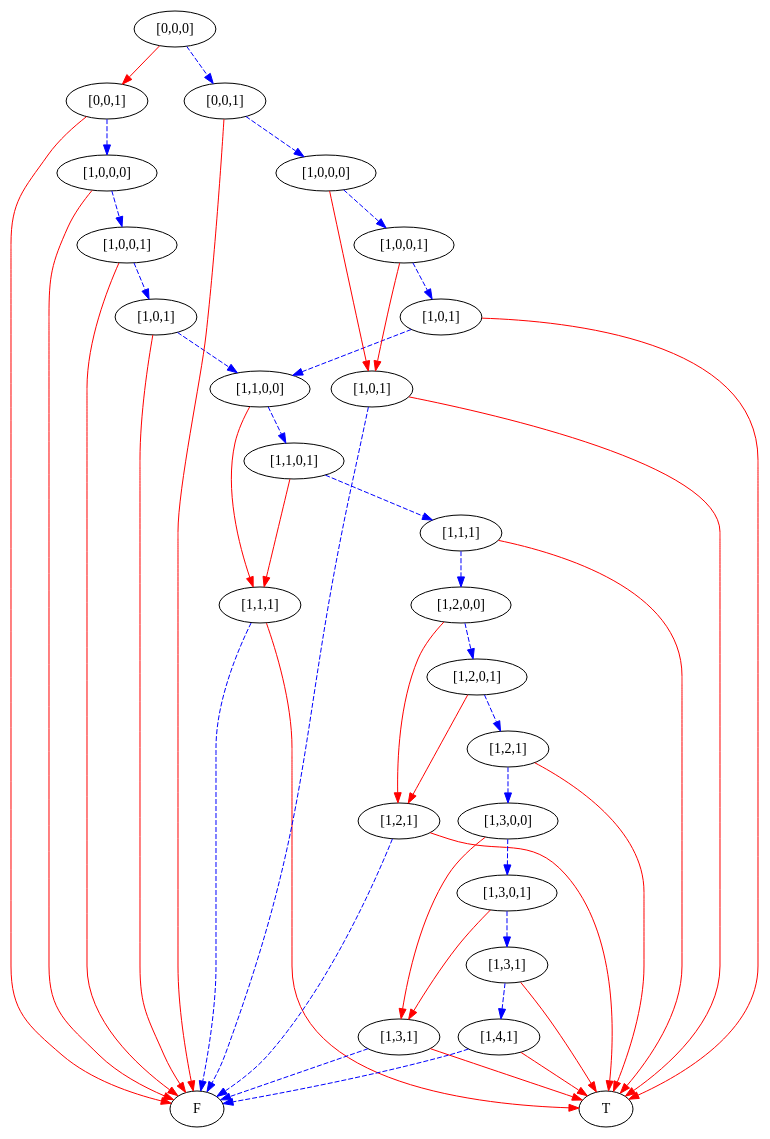
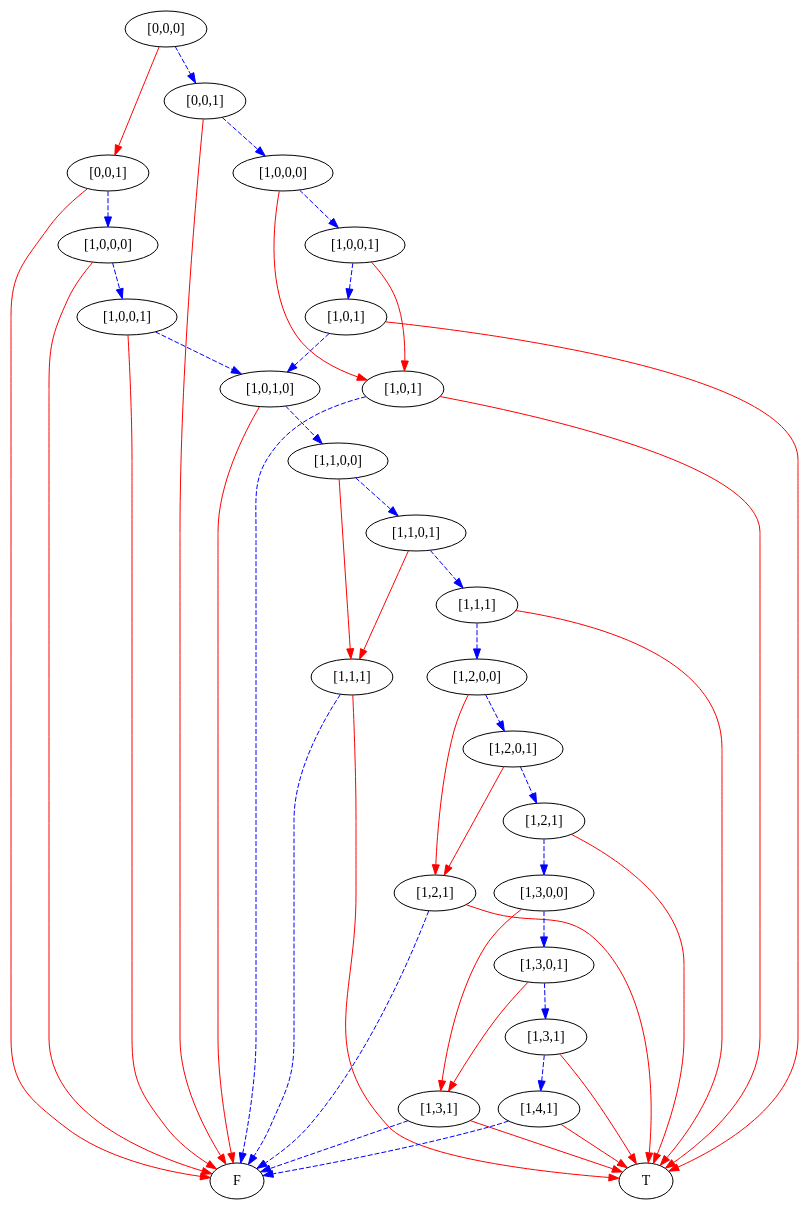
The diagram in simpleProgram5bstates/8.dot (mburyakov/minxmod), drawn with Graphviz before and after one commit. The commit also changed 21 other files, not shown here.

```diff
--- a/simpleProgram5bstates/8.dot
+++ b/simpleProgram5bstates/8.dot
@@ -1,96 +1,96 @@
 digraph {
     1 [label=F];
     2 [label=T];
     3 [label="[1,1,1]"];
     4 [label="[1,2,1]"];
     5 [label="[1,3,1]"];
     6 [label="[1,4,1]"];
     7 [label="[1,3,1]"];
     8 [label="[1,3,0,1]"];
     9 [label="[1,3,0,0]"];
     10 [label="[1,2,1]"];
     11 [label="[1,2,0,1]"];
     12 [label="[1,2,0,0]"];
     13 [label="[1,1,1]"];
     14 [label="[1,1,0,1]"];
     15 [label="[1,1,0,0]"];
-    16 [label="[1,0,1]"];
+    16 [label="[1,0,1,0]"];
     17 [label="[1,0,0,1]"];
     18 [label="[1,0,0,0]"];
     19 [label="[0,0,1]"];
     20 [label="[1,0,1]"];
     21 [label="[1,0,1]"];
     22 [label="[1,0,0,1]"];
     23 [label="[1,0,0,0]"];
     24 [label="[0,0,1]"];
     25 [label="[0,0,0]"];
     3 -> 1 [style=dashed
            ,color=blue];
     3 -> 2 [color=red];
     4 -> 1 [style=dashed
            ,color=blue];
     4 -> 2 [color=red];
     5 -> 1 [style=dashed
            ,color=blue];
     5 -> 2 [color=red];
     6 -> 1 [style=dashed
            ,color=blue];
     6 -> 2 [color=red];
     7 -> 6 [style=dashed
            ,color=blue];
     7 -> 2 [color=red];
     8 -> 5 [color=red];
     8 -> 7 [style=dashed
            ,color=blue];
     9 -> 5 [color=red];
     9 -> 8 [style=dashed
            ,color=blue];
     10 -> 9 [style=dashed
             ,color=blue];
     10 -> 2 [color=red];
     11 -> 4 [color=red];
     11 -> 10 [style=dashed
              ,color=blue];
     12 -> 4 [color=red];
     12 -> 11 [style=dashed
              ,color=blue];
     13 -> 12 [style=dashed
              ,color=blue];
     13 -> 2 [color=red];
     14 -> 3 [color=red];
     14 -> 13 [style=dashed
              ,color=blue];
     15 -> 3 [color=red];
     15 -> 14 [style=dashed
              ,color=blue];
     16 -> 15 [style=dashed
              ,color=blue];
     16 -> 1 [color=red];
     17 -> 16 [style=dashed
              ,color=blue];
     17 -> 1 [color=red];
     18 -> 17 [style=dashed
              ,color=blue];
     18 -> 1 [color=red];
     19 -> 18 [style=dashed
              ,color=blue];
     19 -> 1 [color=red];
     20 -> 1 [style=dashed
             ,color=blue];
     20 -> 2 [color=red];
-    21 -> 15 [style=dashed
+    21 -> 16 [style=dashed
              ,color=blue];
     21 -> 2 [color=red];
     22 -> 20 [color=red];
     22 -> 21 [style=dashed
              ,color=blue];
     23 -> 20 [color=red];
     23 -> 22 [style=dashed
              ,color=blue];
     24 -> 23 [style=dashed
              ,color=blue];
     24 -> 1 [color=red];
     25 -> 19 [color=red];
     25 -> 24 [style=dashed
              ,color=blue];
 }
```
